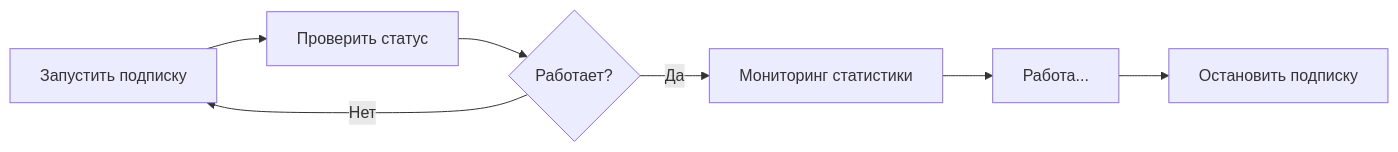
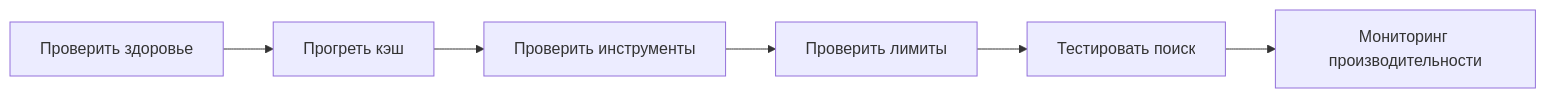
Before and after one commit to Vasilek1993111/InvestmentDataStreamService: the diagram in postman/README.md, drawn with Mermaid. The commit also changed other lines of this file and 26 other files, not shown here.

````diff
--- a/postman/README.md
+++ b/postman/README.md
@@ -147,9 +244,8 @@
 ```mermaid
 graph LR
-    A[Запустить подписку] --> B[Проверить статус]
-    B --> C{Работает?}
-    C -->|Да| D[Мониторинг статистики]
-    C -->|Нет| A
-    D --> E[Работа...]
-    E --> F[Остановить подписку]
+    A[Проверить здоровье] --> B[Прогреть кэш]
+    B --> C[Проверить инструменты]
+    C --> D[Проверить лимиты]
+    D --> E[Тестировать поиск]
+    E --> F[Мониторинг производительности]
 ```
````
